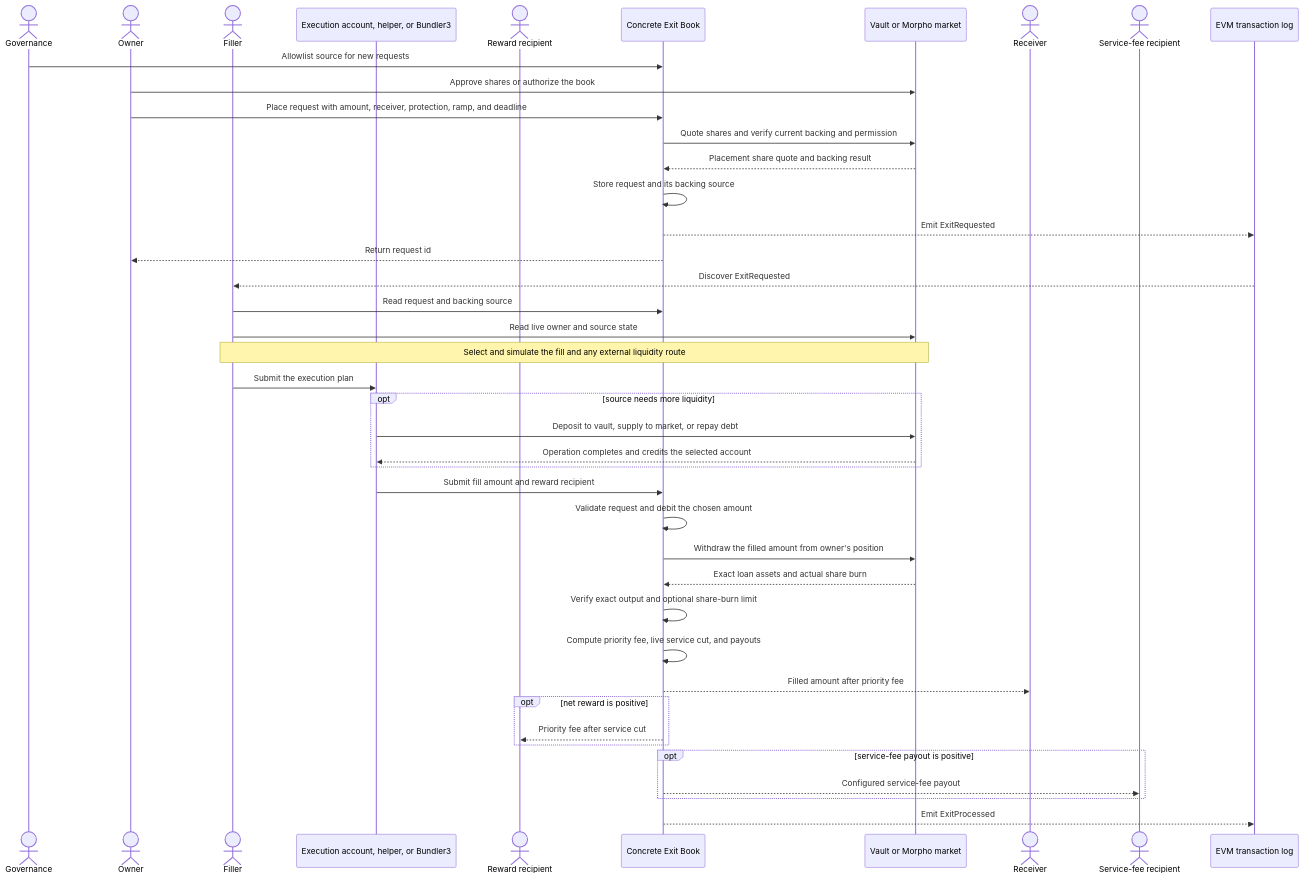
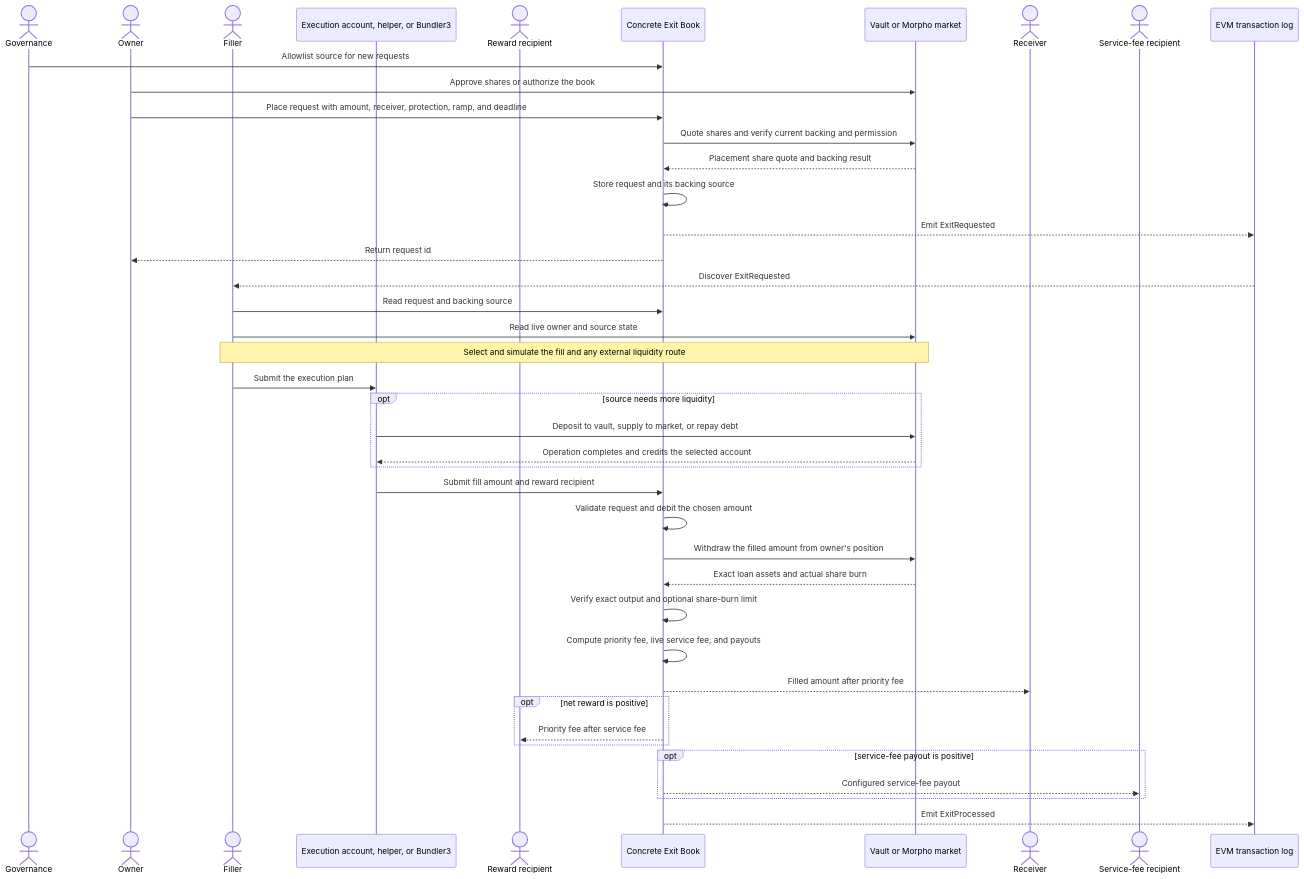
One commit to lidofinance/lend-markets changed the first of 2 diagrams in docs/specs/exit-books.md. Above: the diagram before and after it, drawn with Mermaid. The commit also changed other lines of this file and 32 other files, not shown here.

````diff
--- a/docs/specs/exit-books.md
+++ b/docs/specs/exit-books.md
@@ -48,47 +50,47 @@
 ```mermaid
 sequenceDiagram
     actor Governance
     actor Owner
     actor Filler
     participant Executor as Execution account, helper, or Bundler3
     actor RewardRecipient as Reward recipient
     participant Book as Concrete Exit Book
     participant Source as Vault or Morpho market
     actor Receiver
     actor FeeRecipient as Service-fee recipient
     participant Log as EVM transaction log
 
     Governance->>Book: Allowlist source for new requests
     Owner->>Source: Approve shares or authorize the book
     Owner->>Book: Place request with amount, receiver, protection, ramp, and deadline
     Book->>Source: Quote shares and verify current backing and permission
     Source-->>Book: Placement share quote and backing result
     Book->>Book: Store request and its backing source
     Book-->>Log: Emit ExitRequested
     Book-->>Owner: Return request id
 
     Log-->>Filler: Discover ExitRequested
     Filler->>Book: Read request and backing source
     Filler->>Source: Read live owner and source state
     Note over Filler,Source: Select and simulate the fill and any external liquidity route
     Filler->>Executor: Submit the execution plan
     opt source needs more liquidity
         Executor->>Source: Deposit to vault, supply to market, or repay debt
         Source-->>Executor: Operation completes and credits the selected account
     end
     Executor->>Book: Submit fill amount and reward recipient
     Book->>Book: Validate request and debit the chosen amount
 
     Book->>Source: Withdraw the filled amount from owner's position
     Source-->>Book: Exact loan assets and actual share burn
     Book->>Book: Verify exact output and optional share-burn limit
-    Book->>Book: Compute priority fee, live service cut, and payouts
+    Book->>Book: Compute priority fee, live service fee, and payouts
     Book-->>Receiver: Filled amount after priority fee
     opt net reward is positive
-        Book-->>RewardRecipient: Priority fee after service cut
+        Book-->>RewardRecipient: Priority fee after service fee
     end
     opt service-fee payout is positive
         Book-->>FeeRecipient: Configured service-fee payout
     end
     Book-->>Log: Emit ExitProcessed
 ```
````
